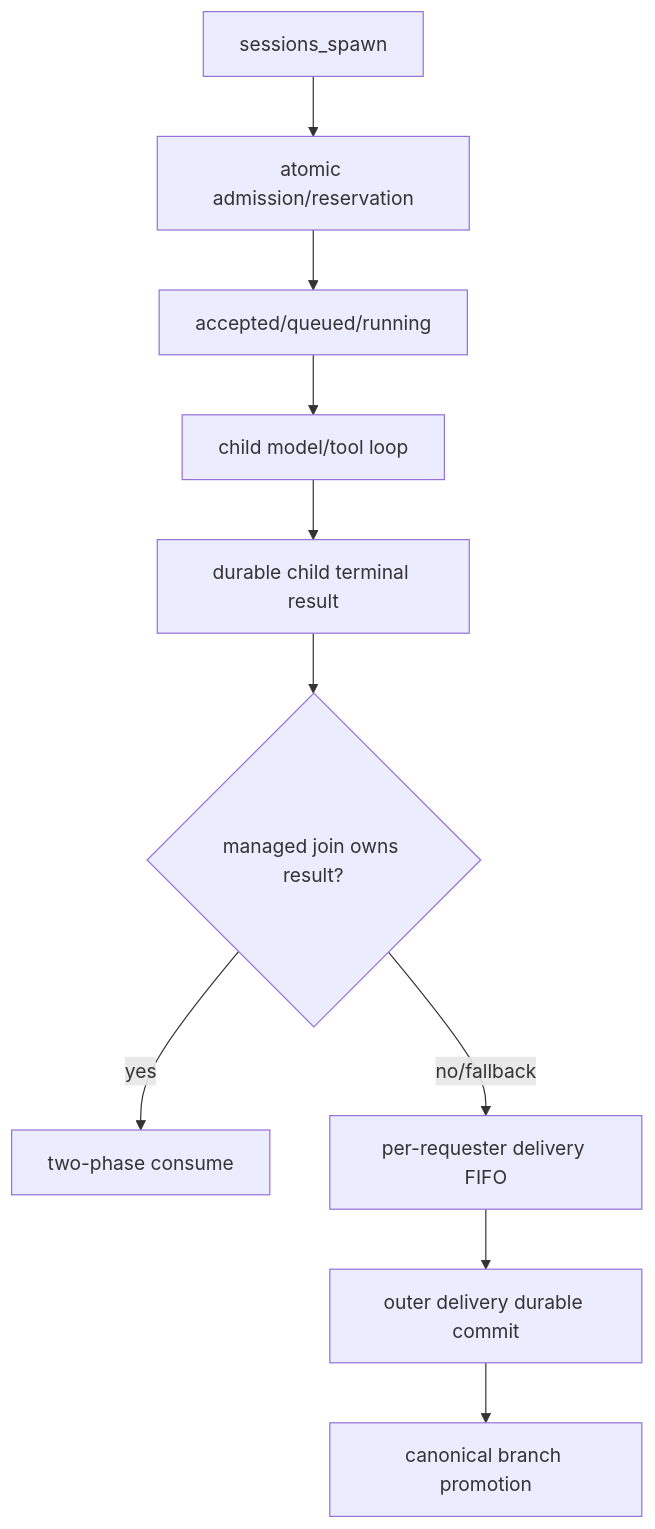
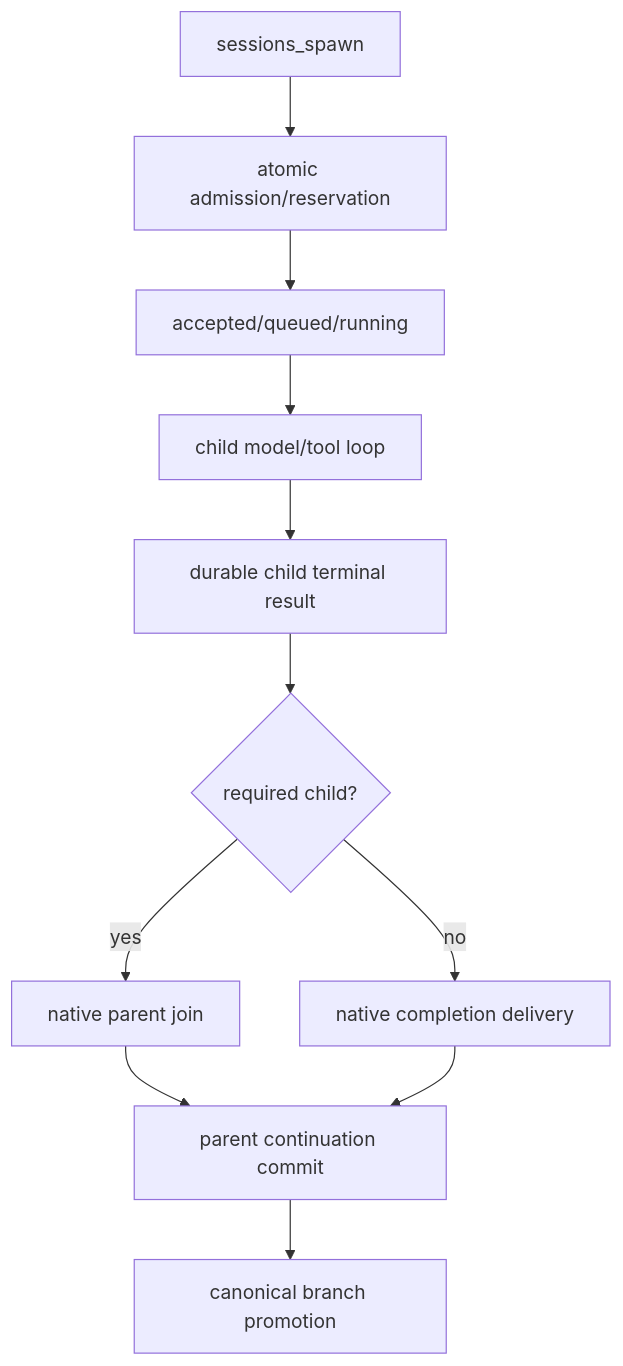
One commit to liangxhao/JustDo changed the diagram in docs/features/subagent-model-retry-and-announce-consistency-plan.md. Above: the diagram before and after it, drawn with Mermaid. The commit also changed other lines of this file and 110 other files, not shown here.

````diff
--- a/docs/features/subagent-model-retry-and-announce-consistency-plan.md
+++ b/docs/features/subagent-model-retry-and-announce-consistency-plan.md
@@ -18,12 +18,13 @@
 ```mermaid
 flowchart TD
   Spawn[sessions_spawn] --> Admit[atomic admission/reservation]
   Admit --> Queue[accepted/queued/running]
   Queue --> Child[child model/tool loop]
   Child --> Result[durable child terminal result]
-  Result --> Join{managed join owns result?}
-  Join -->|yes| Consume[two-phase consume]
-  Join -->|no/fallback| FIFO[per-requester delivery FIFO]
-  FIFO --> Commit[outer delivery durable commit]
+  Result --> Join{required child?}
+  Join -->|yes| Consume[native parent join]
+  Join -->|no| Deliver[native completion delivery]
+  Consume --> Commit[parent continuation commit]
+  Deliver --> Commit
   Commit --> Promote[canonical branch promotion]
 ```
````
